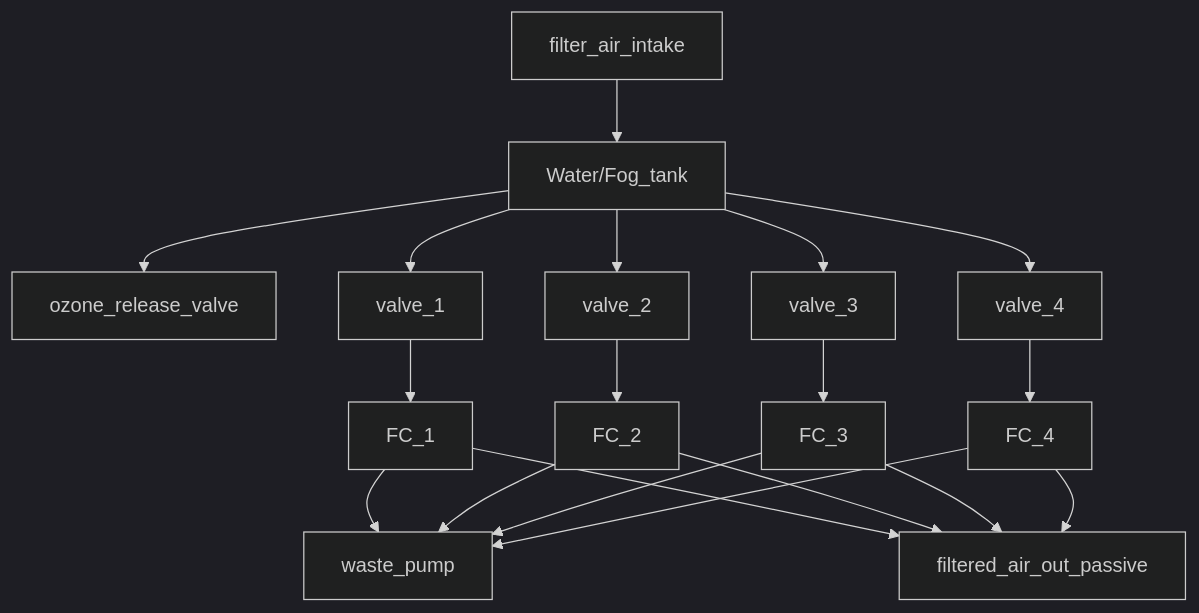
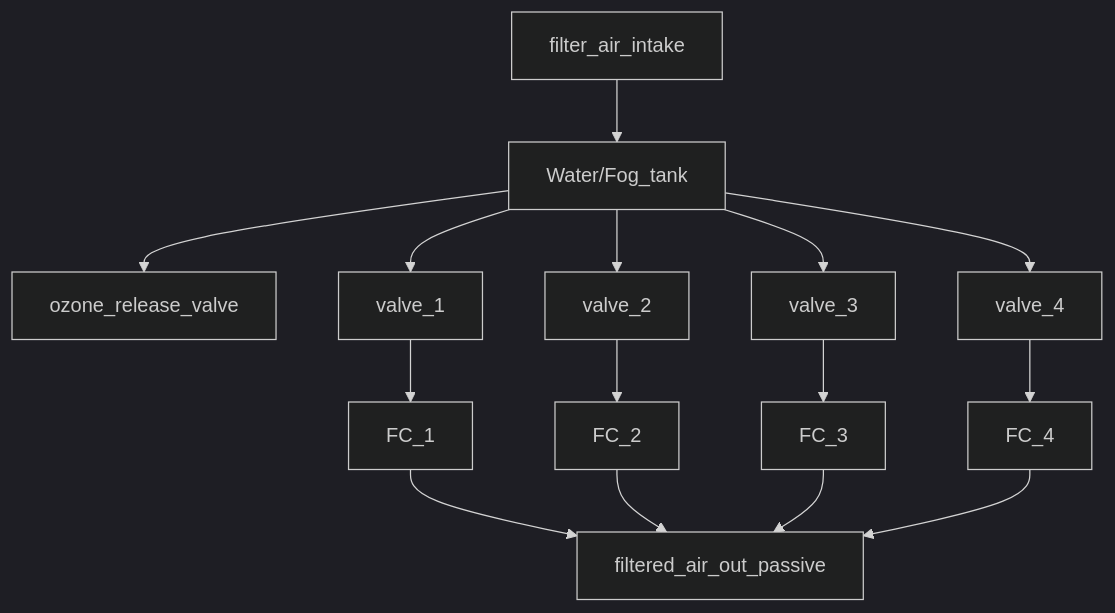
One commit to StevenAndrewsII/Fung_OS changed the third of 3 diagrams in README.md. Above: the diagram before and after it, drawn with Mermaid (dark theme).

````diff
--- a/README.md
+++ b/README.md
@@ -135,23 +135,19 @@
 ```mermaid
 graph TD;
    filter_air_intake--> Water/Fog_tank;
    Water/Fog_tank-->ozone_release_valve;
    Water/Fog_tank-->valve_1 -->FC_1;
    Water/Fog_tank-->valve_2-->FC_2;
    Water/Fog_tank-->valve_3-->FC_3;
    Water/Fog_tank-->valve_4-->FC_4;
 
-   FC_1 --> waste_pump;
-   FC_2 --> waste_pump;
-   FC_3 --> waste_pump;
-   FC_4 --> waste_pump;
 
    FC_1 --> filtered_air_out_passive;
    FC_2 --> filtered_air_out_passive;
    FC_3 --> filtered_air_out_passive;
    FC_4 --> filtered_air_out_passive;
 
    
 
   
 ```
````
